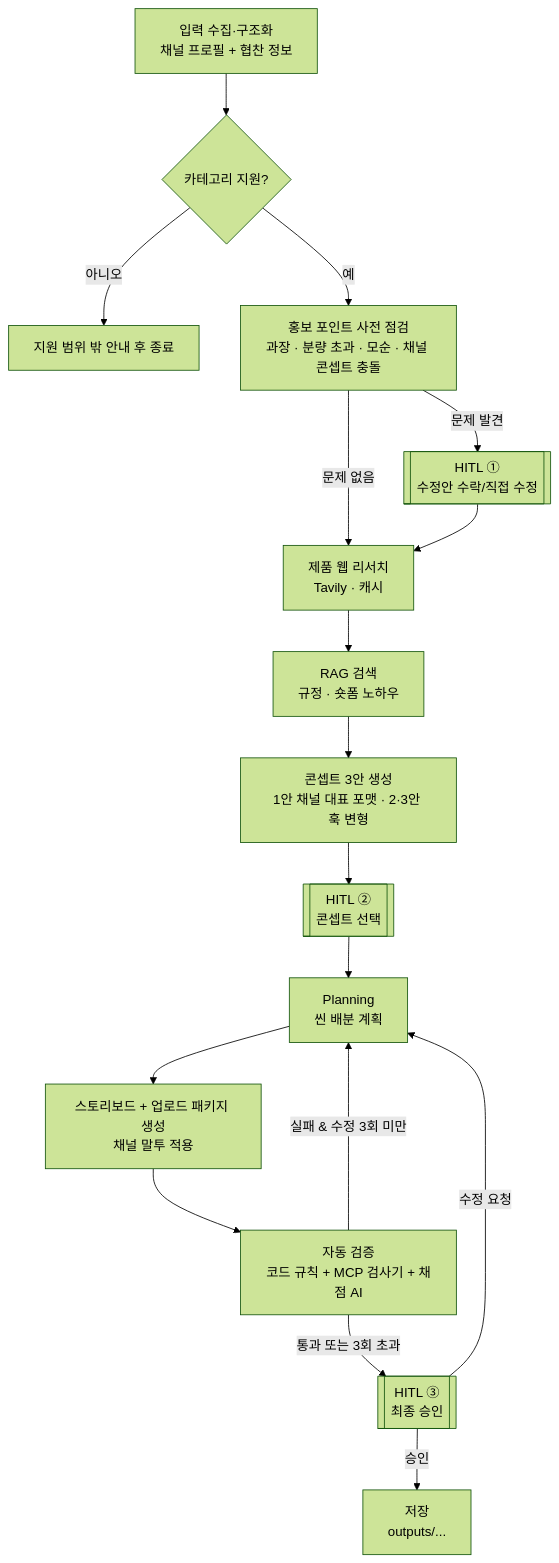
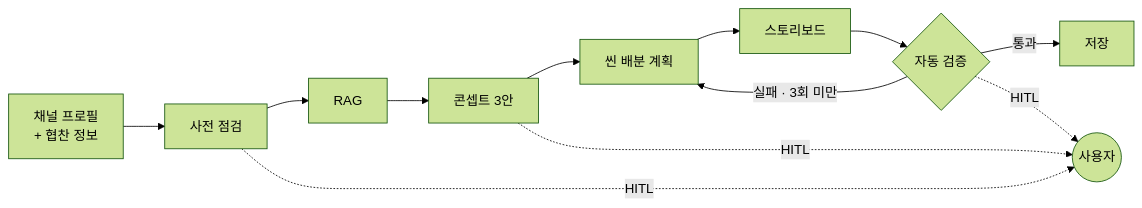
The diagram in service.md (mjchoimj/sponsored-shortform-agent), drawn with Mermaid (forest theme) before and after one commit. The commit also changed other lines of this file and 1 other file, not shown here.

````diff
--- a/service.md
+++ b/service.md
@@ -162,19 +9,9 @@
 ```mermaid
-flowchart TD
-    A[입력 수집·구조화<br/>채널 프로필 + 협찬 정보] --> B{카테고리 지원?}
-    B -- 아니오 --> Z1[지원 범위 밖 안내 후 종료]
-    B -- 예 --> C[홍보 포인트 사전 점검<br/>과장 · 분량 초과 · 모순 · 채널 콘셉트 충돌]
-    C -- 문제 발견 --> H1[[HITL ①<br/>수정안 수락/직접 수정]]
-    C -- 문제 없음 --> D
-    H1 --> D[제품 웹 리서치<br/>Tavily · 캐시]
-    D --> E[RAG 검색<br/>규정 · 숏폼 노하우]
-    E --> F[콘셉트 3안 생성<br/>1안 채널 대표 포맷 · 2·3안 훅 변형]
-    F --> H2[[HITL ②<br/>콘셉트 선택]]
-    H2 --> G[Planning<br/>씬 배분 계획]
-    G --> S[스토리보드 + 업로드 패키지 생성<br/>채널 말투 적용]
-    S --> V[자동 검증<br/>코드 규칙 + MCP 검사기 + 채점 AI]
-    V -- 실패 & 수정 3회 미만 --> G
-    V -- 통과 또는 3회 초과 --> H3[[HITL ③<br/>최종 승인]]
-    H3 -- 수정 요청 --> G
-    H3 -- 승인 --> O[저장<br/>outputs/...]
+flowchart LR
+    A[채널 프로필<br/>+ 협찬 정보] --> B[사전 점검] --> C[RAG] --> D[콘셉트 3안] --> E[씬 배분 계획] --> F[스토리보드] --> G{자동 검증}
+    G -- 실패 · 3회 미만 --> E
+    G -- 통과 --> H[저장]
+    B -. HITL .-> U((사용자))
+    D -. HITL .-> U
+    G -. HITL .-> U
 ```
````
